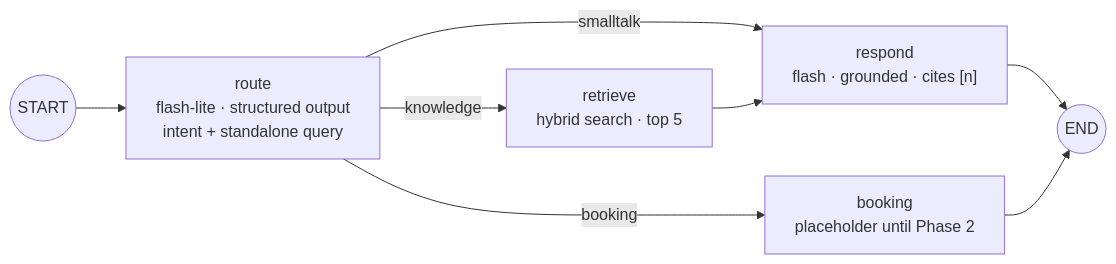
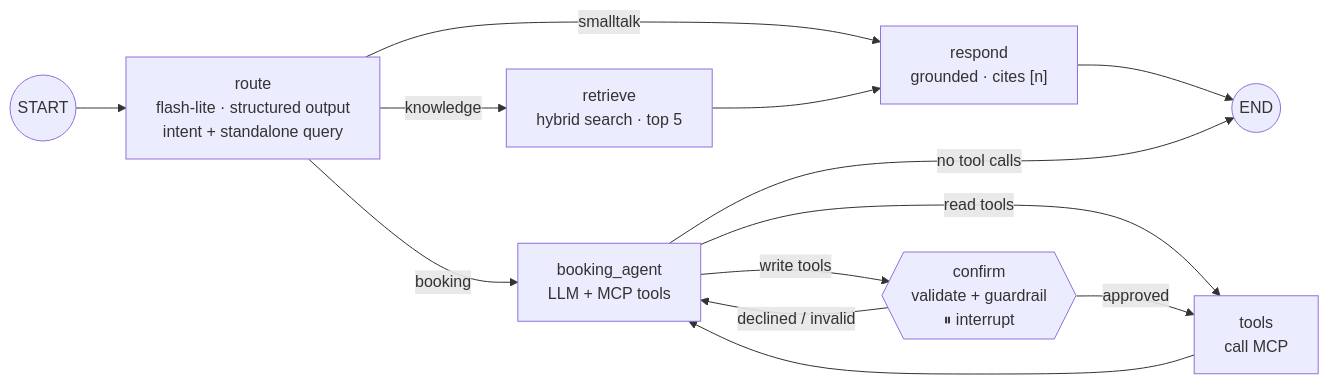
One commit to yash6388/voxdesk changed the fourth of 8 diagrams in docs/ARCHITECTURE.md. Above: the diagram before and after it, drawn with Mermaid. The commit also changed other lines of this file and 50 other files, not shown here.

Commit message:
feat: MCP booking server, booking agent with human-in-the-loop

````diff
--- a/docs/ARCHITECTURE.md
+++ b/docs/ARCHITECTURE.md
@@ -137,10 +158,15 @@
 ```mermaid
 flowchart LR
     S((START)) --> route["route<br/>flash-lite · structured output<br/>intent + standalone query"]
     route -- knowledge --> retrieve["retrieve<br/>hybrid search · top 5"]
-    route -- smalltalk --> respond["respond<br/>flash · grounded · cites [n]"]
-    route -- booking --> booking["booking<br/>placeholder until Phase 2"]
+    route -- smalltalk --> respond["respond<br/>grounded · cites [n]"]
+    route -- booking --> agent["booking_agent<br/>LLM + MCP tools"]
     retrieve --> respond
     respond --> E((END))
-    booking --> E
+    agent -- "no tool calls" --> E
+    agent -- "read tools" --> tools["tools<br/>call MCP"]
+    agent -- "write tools" --> confirm{{"confirm<br/>validate + guardrail<br/>⏸ interrupt"}}
+    confirm -- approved --> tools
+    confirm -- "declined / invalid" --> agent
+    tools --> agent
 ```
````
